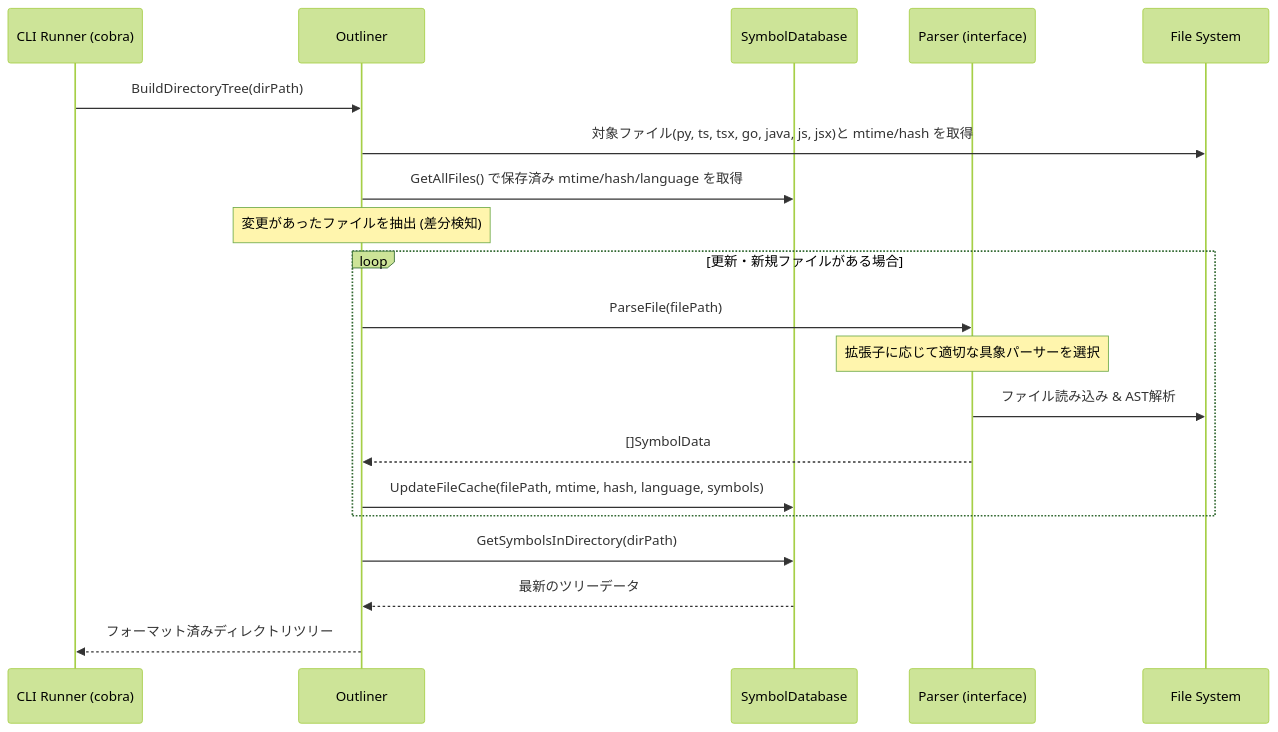
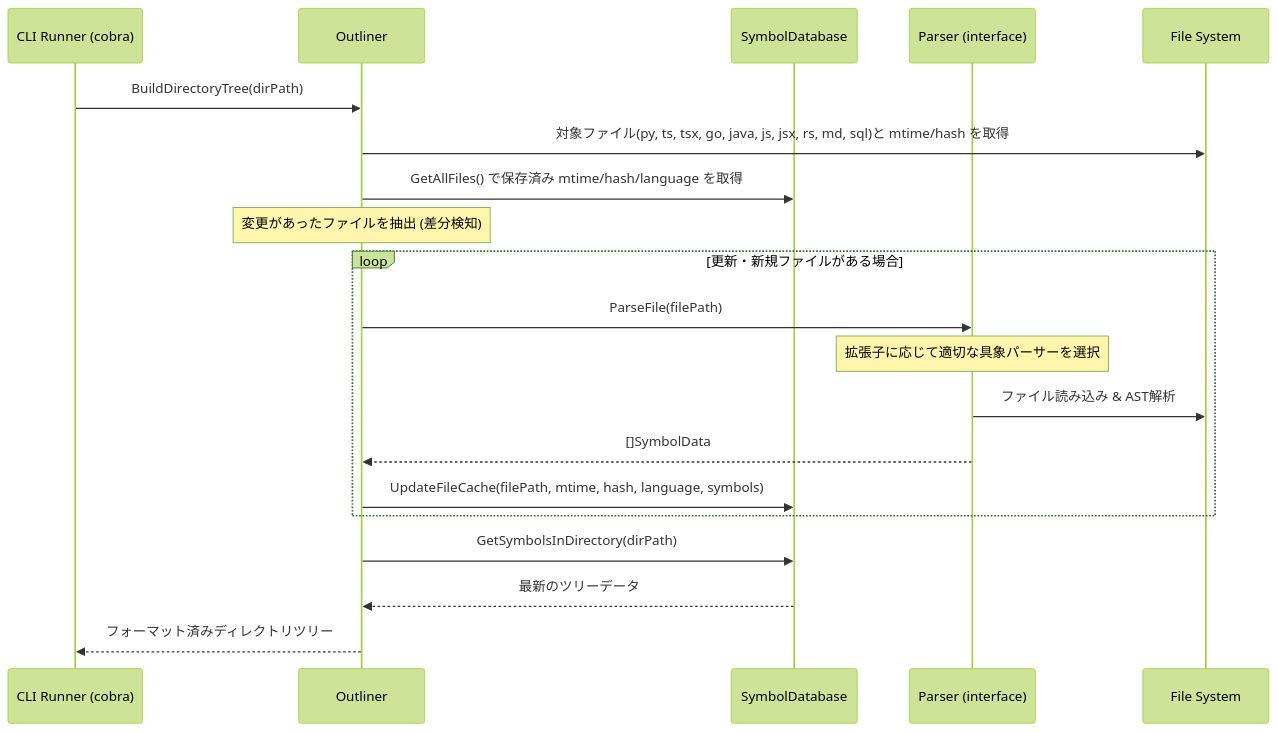
One commit to snaga/ast-digger changed the second of 8 diagrams in doc/design.md. Above: the diagram before and after it, drawn with Mermaid (forest theme). The commit also changed other lines of this file and 10 other files, not shown here.

First line of the commit message:
fix(spec): resolve architectural drift, EARS edge cases, and MCP schema consistency

````diff
--- a/doc/design.md
+++ b/doc/design.md
@@ -221,25 +225,25 @@
 ```mermaid
 sequenceDiagram
     participant CLI as CLI Runner (cobra)
     participant OUT as Outliner
     participant DB as SymbolDatabase
     participant PRSR as Parser (interface)
     participant FS as File System
 
     CLI->>OUT: BuildDirectoryTree(dirPath)
-    OUT->>FS: 対象ファイル(py, ts, tsx, go, java, js, jsx)と mtime/hash を取得
+    OUT->>FS: 対象ファイル(py, ts, tsx, go, java, js, jsx, rs, md, sql)と mtime/hash を取得
     OUT->>DB: GetAllFiles() で保存済み mtime/hash/language を取得
     Note over OUT: 変更があったファイルを抽出 (差分検知)
 
     loop 更新・新規ファイルがある場合
         OUT->>PRSR: ParseFile(filePath)
         Note over PRSR: 拡張子に応じて適切な具象パーサーを選択
         PRSR->>FS: ファイル読み込み & AST解析
         PRSR-->>OUT: []SymbolData
         OUT->>DB: UpdateFileCache(filePath, mtime, hash, language, symbols)
     end
 
     OUT->>DB: GetSymbolsInDirectory(dirPath)
     DB-->>OUT: 最新のツリーデータ
     OUT-->>CLI: フォーマット済みディレクトリツリー
 ```
````
